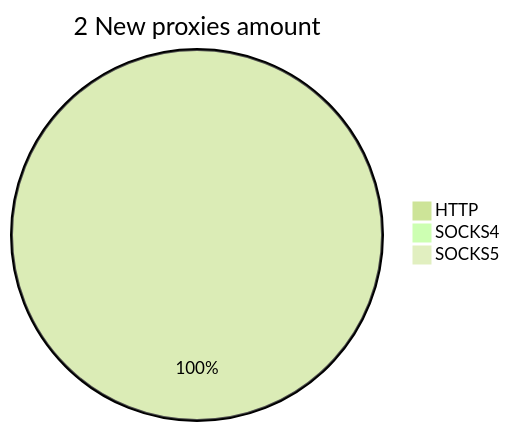
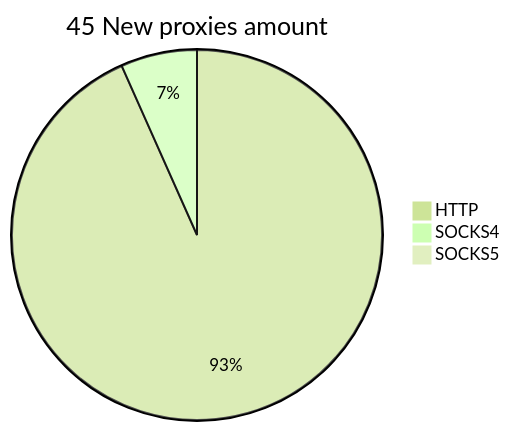
The second of 2 diagrams in README.md (cutipu/proxylist), drawn with Mermaid (forest theme) before and after one commit. The commit also changed other lines of this file, not shown here.

````diff
--- a/README.md
+++ b/README.md
@@ -10,6 +10,6 @@
 ```mermaid
-pie title 2 New proxies amount
-    "HTTP" : 4
-    "SOCKS4" : 0
+pie title 45 New proxies amount
+    "HTTP" : 42
+    "SOCKS4" : 3
     "SOCKS5" : 0
 ```
````
